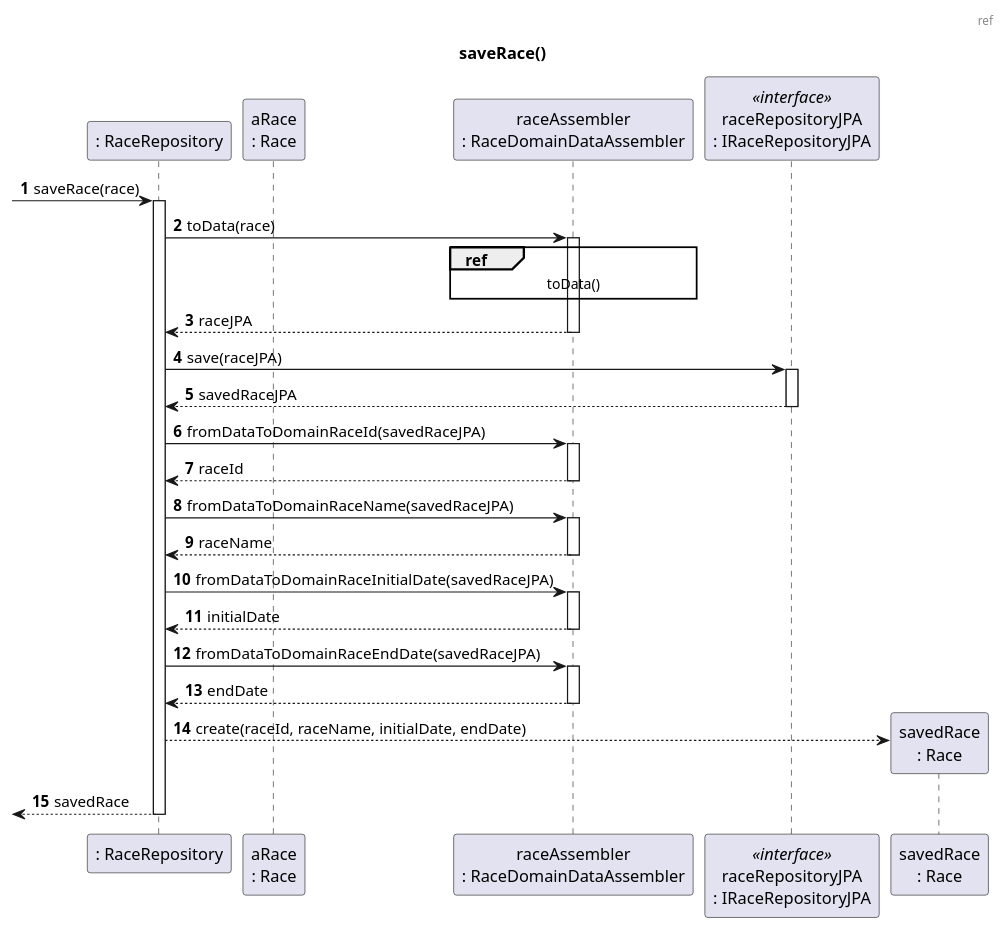
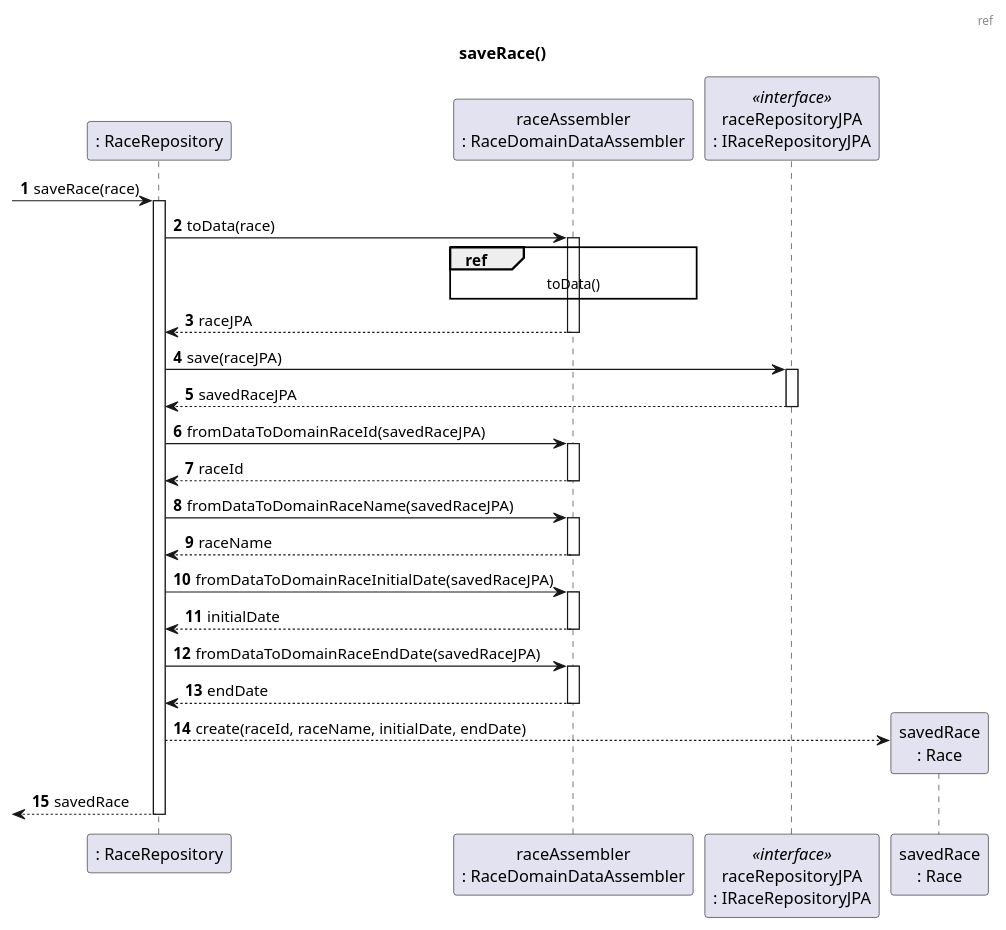
One commit to FilipaBorges94/Bicycles changed the fourth of 5 diagrams in docs/user_stories/US01_Create_Race.md. Above: the diagram before and after it, drawn with PlantUML. The commit also changed other lines of this file, not shown here.

````diff
--- a/docs/user_stories/US01_Create_Race.md
+++ b/docs/user_stories/US01_Create_Race.md
@@ -212,62 +210,62 @@
 ```puml
 <!--
 @startuml US001_SD_Ref
 header ref
 title saveRace()
 autonumber
 participant ": RaceRepository" as RR
-participant "aRace\n: Race" as R
+
 participant "raceAssembler\n: RaceDomainDataAssembler" as RDDA
 participant "raceRepositoryJPA\n: IRaceRepositoryJPA" as RRJPA <<interface>>
 participant "savedRace\n: Race" as SR
 
 [-> RR : saveRace(race)
 activate RR
 
 
 
 
 
 RR -> RDDA : toData(race)
 activate RDDA
 
 ref over RDDA
 toData()
 end
 
 RDDA --> RR : raceJPA
 deactivate RDDA
 
 RR -> RRJPA : save(raceJPA)
 activate RRJPA
 RRJPA --> RR : savedRaceJPA
 deactivate RRJPA
 
 RR -> RDDA : fromDataToDomainRaceId(savedRaceJPA)
 activate RDDA
 RDDA --> RR : raceId
 deactivate RDDA
 
 RR -> RDDA : fromDataToDomainRaceName(savedRaceJPA)
 activate RDDA
 RDDA --> RR : raceName
 deactivate RDDA
 
 RR -> RDDA : fromDataToDomainRaceInitialDate(savedRaceJPA)
 activate RDDA
 RDDA --> RR : initialDate
 deactivate RDDA
 
 RR -> RDDA : fromDataToDomainRaceEndDate(savedRaceJPA)
 activate RDDA
 RDDA --> RR : endDate
 deactivate RDDA
 
 RR --> SR **: create(raceId, raceName, initialDate, endDate)
 
 [<-- RR: savedRace
 
 deactivate RR
 @enduml
 -->
 ```
````
